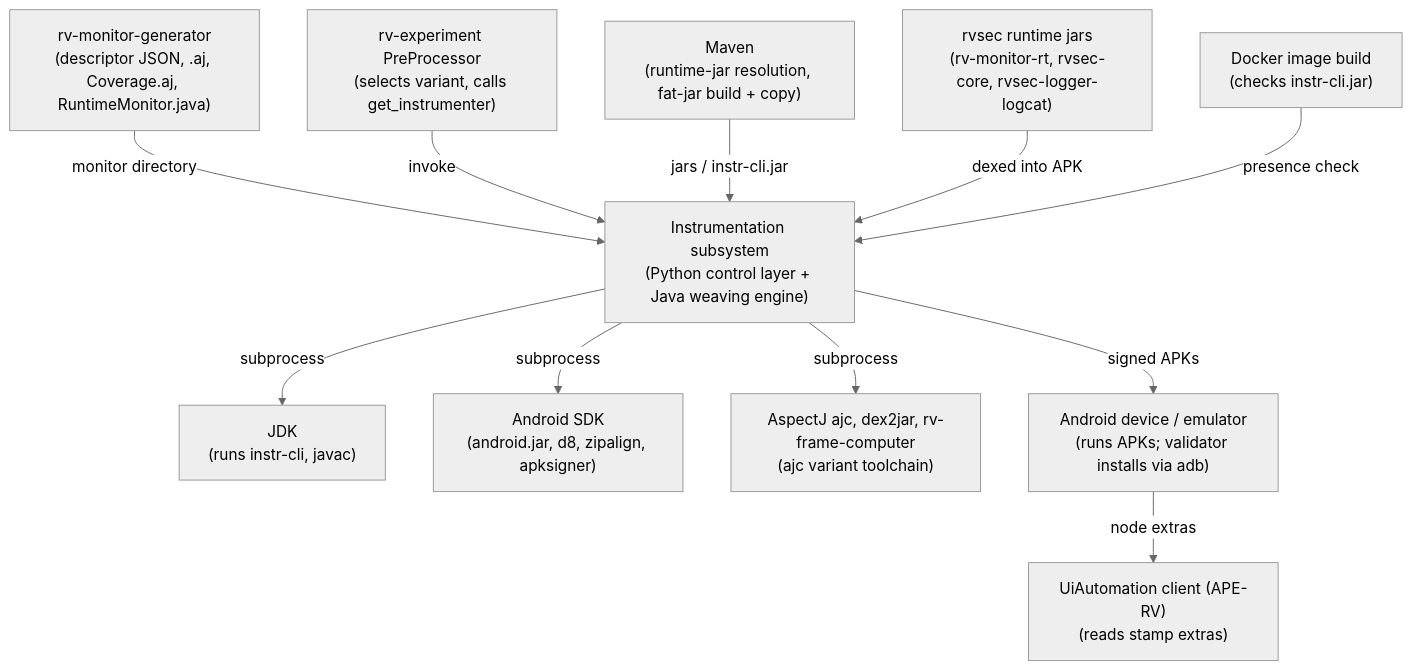
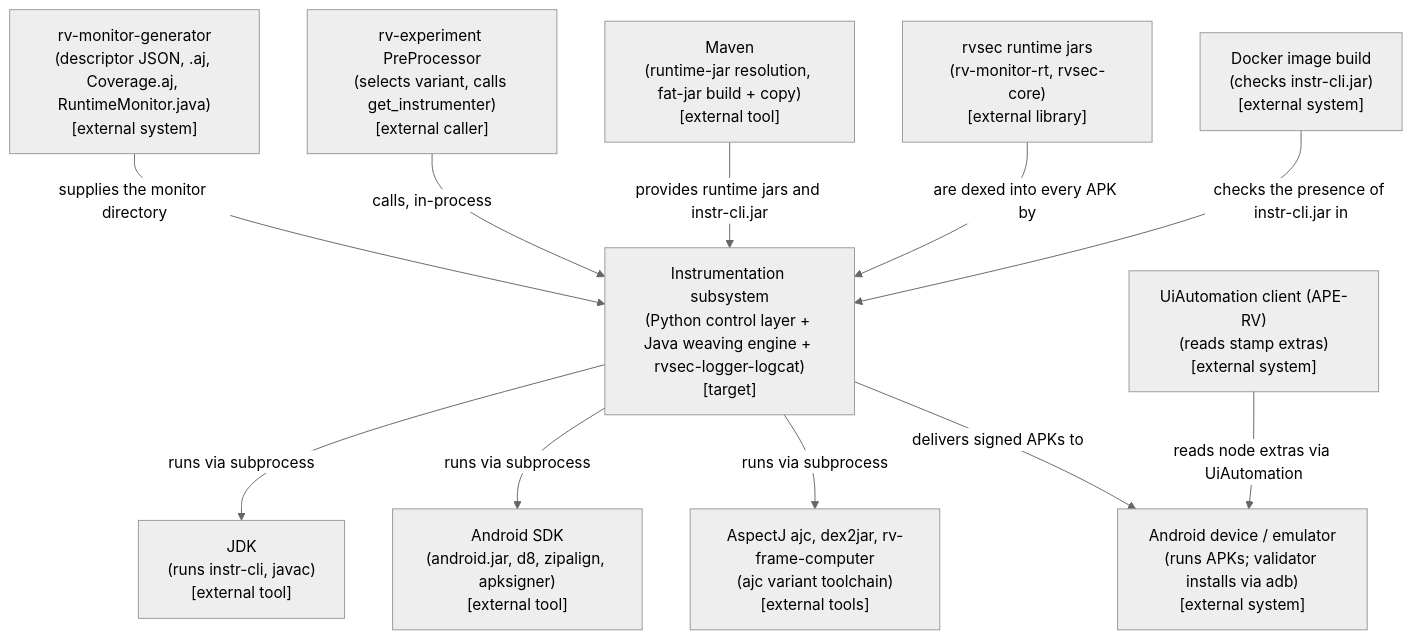
The first of 6 diagrams in rv-android/docs/architecture/instrumentation.md (PAMunb/rvsec), drawn with Mermaid before and after one commit. The commit also changed other lines of this file and 7 other files, not shown here.

````diff
--- a/rv-android/docs/architecture/instrumentation.md
+++ b/rv-android/docs/architecture/instrumentation.md
@@ -62,26 +65,27 @@
 ```mermaid
 %%{init: {'theme': 'neutral'}}%%
 flowchart TB
-  monitorgen["rv-monitor-generator<br/>(descriptor JSON, .aj, Coverage.aj, RuntimeMonitor.java)"]
-  preproc["rv-experiment PreProcessor<br/>(selects variant, calls get_instrumenter)"]
-  maven["Maven<br/>(runtime-jar resolution, fat-jar build + copy)"]
-  jdk["JDK<br/>(runs instr-cli, javac)"]
-  sdk["Android SDK<br/>(android.jar, d8, zipalign, apksigner)"]
-  ajctools["AspectJ ajc, dex2jar, rv-frame-computer<br/>(ajc variant toolchain)"]
-  rtjars["rvsec runtime jars<br/>(rv-monitor-rt, rvsec-core, rvsec-logger-logcat)"]
-  dockerimg["Docker image build<br/>(checks instr-cli.jar)"]
-  device["Android device / emulator<br/>(runs APKs; validator installs via adb)"]
-  uia["UiAutomation client (APE-RV)<br/>(reads stamp extras)"]
-  instr["Instrumentation subsystem<br/>(Python control layer + Java weaving engine)"]
+  %% Source: modules/rv-instrumentation-core, modules/rv-instrumentation, modules/rv-instrumentation-ajc, modules/rv-instrumentation-dexlib2, ../rvsec/rvsec-android/rvsec-instrumentation-dexlib2, ../rvsec/rvsec-android/rvsec-logger-logcat, modules/rv-experiment/src/rv_experiment/experiment/workflow/pre_processor.py, docker/rvandroid/Dockerfile
+  monitorgen["rv-monitor-generator<br/>(descriptor JSON, .aj, Coverage.aj, RuntimeMonitor.java)<br/>[external system]"]
+  preproc["rv-experiment PreProcessor<br/>(selects variant, calls get_instrumenter)<br/>[external caller]"]
+  maven["Maven<br/>(runtime-jar resolution, fat-jar build + copy)<br/>[external tool]"]
+  jdk["JDK<br/>(runs instr-cli, javac)<br/>[external tool]"]
+  sdk["Android SDK<br/>(android.jar, d8, zipalign, apksigner)<br/>[external tool]"]
+  ajctools["AspectJ ajc, dex2jar, rv-frame-computer<br/>(ajc variant toolchain)<br/>[external tools]"]
+  rtjars["rvsec runtime jars<br/>(rv-monitor-rt, rvsec-core)<br/>[external library]"]
+  dockerimg["Docker image build<br/>(checks instr-cli.jar)<br/>[external system]"]
+  device["Android device / emulator<br/>(runs APKs; validator installs via adb)<br/>[external system]"]
+  uia["UiAutomation client (APE-RV)<br/>(reads stamp extras)<br/>[external system]"]
+  instr["Instrumentation subsystem<br/>(Python control layer + Java weaving engine + rvsec-logger-logcat)<br/>[target]"]
 
-  monitorgen -->|monitor directory| instr
-  preproc -->|invoke| instr
-  maven -->|jars / instr-cli.jar| instr
-  rtjars -->|dexed into APK| instr
-  instr -->|subprocess| jdk
-  instr -->|subprocess| sdk
-  instr -->|subprocess| ajctools
-  dockerimg -->|presence check| instr
-  instr -->|signed APKs| device
-  device -->|node extras| uia
+  monitorgen -->|"supplies the monitor directory"| instr
+  preproc -->|"calls, in-process"| instr
+  maven -->|"provides runtime jars and instr-cli.jar"| instr
+  rtjars -->|"are dexed into every APK by"| instr
+  instr -->|"runs via subprocess"| jdk
+  instr -->|"runs via subprocess"| sdk
+  instr -->|"runs via subprocess"| ajctools
+  dockerimg -->|"checks the presence of instr-cli.jar in"| instr
+  instr -->|"delivers signed APKs to"| device
+  uia -->|"reads node extras via UiAutomation"| device
 ```
````
